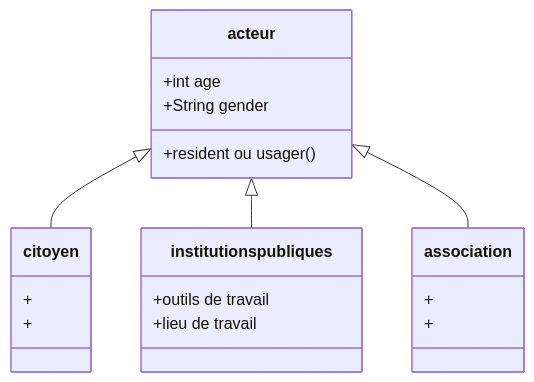
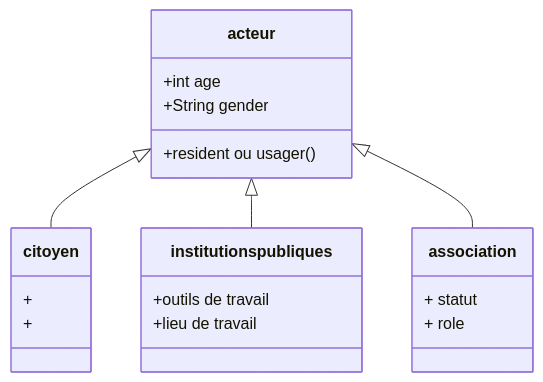
One commit to kahiarchi/plaine---saint--Denis---batiment- changed the diagram in sources/acteurskahiarchi.md. Above: the diagram before and after it, drawn with Mermaid.

Commit message:
Refactor association class structure in markdown

````diff
--- a/sources/acteurskahiarchi.md
+++ b/sources/acteurskahiarchi.md
@@ -1,24 +1,24 @@
 ```mermaid
 classDiagram
     acteur <|-- citoyen
     acteur <|-- institutions publiques
     acteur <|-- association
 
     acteur : +int age
     acteur : +String gender
     acteur: +resident ou usager()
 
   class citoyen{
       +
      +
     }
     class institutions publiques{
       +outils de travail
      +lieu de travail
     }
     class association{
-      +
-     +
+      + statut
+     +  role
   
      }
 ```
````
